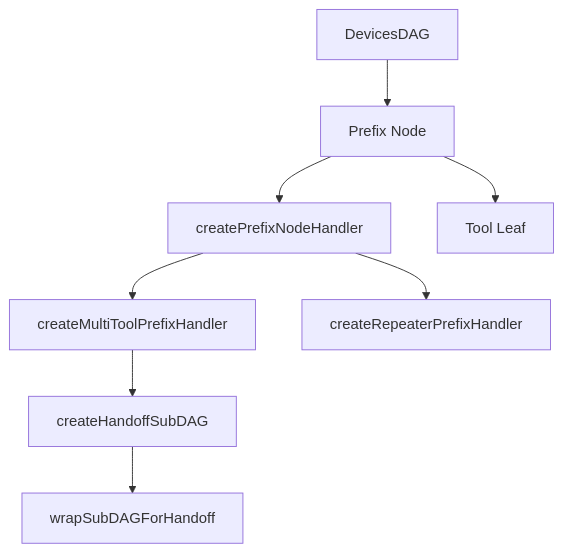
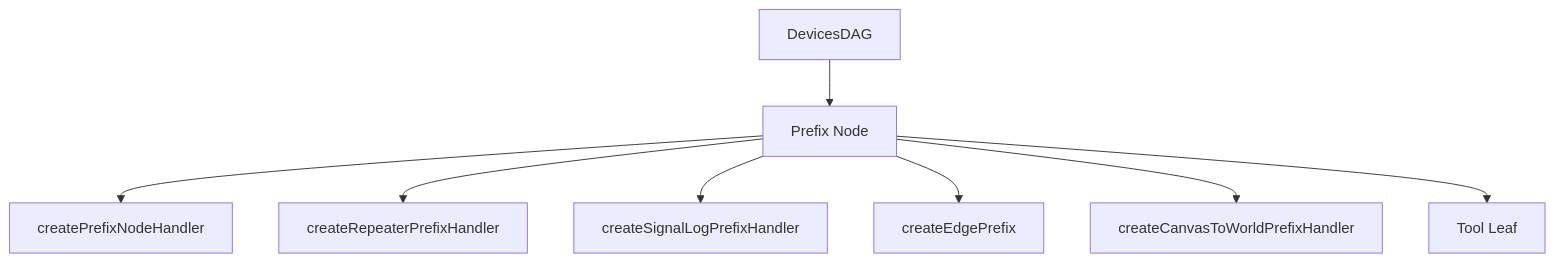
One commit to Frank-Steven/HoundWhiteboard changed the diagram in src/core/ui-thread/devices-dag/prefixes/docs/prefix-document.md. Above: the diagram before and after it, drawn with Mermaid. The commit also changed other lines of this file and 19 other files, not shown here.

````diff
--- a/src/core/ui-thread/devices-dag/prefixes/docs/prefix-document.md
+++ b/src/core/ui-thread/devices-dag/prefixes/docs/prefix-document.md
@@ -55,10 +52,10 @@
 ```mermaid
 flowchart TD
     Tree[DevicesDAG] --> Prefix[Prefix Node]
     Prefix --> Base[createPrefixNodeHandler]
-    Base --> Multi[createMultiToolPrefixHandler]
-    Base --> Repeater[createRepeaterPrefixHandler]
-    Multi --> Handoff[createHandoffSubDAG]
-    Handoff --> WrapSub[wrapSubDAGForHandoff]
+    Prefix --> Repeater[createRepeaterPrefixHandler]
+    Prefix --> SignalLog[createSignalLogPrefixHandler]
+    Prefix --> EdgePrefix[createEdgePrefix]
+    Prefix --> CanvasToWorld[createCanvasToWorldPrefixHandler]
     Prefix --> Tool[Tool Leaf]
 ```
````
